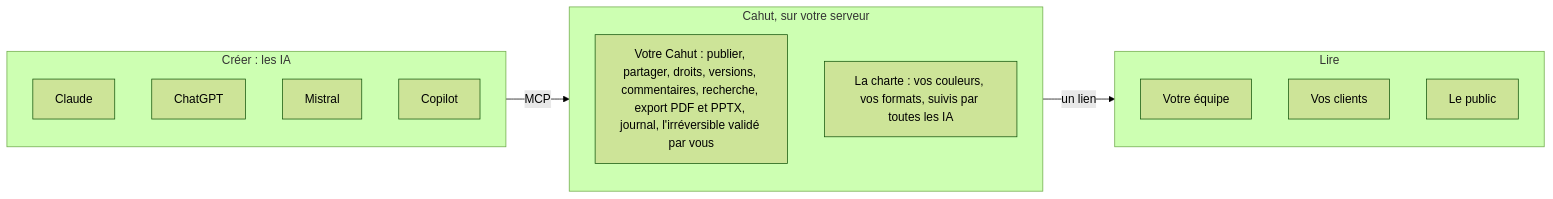
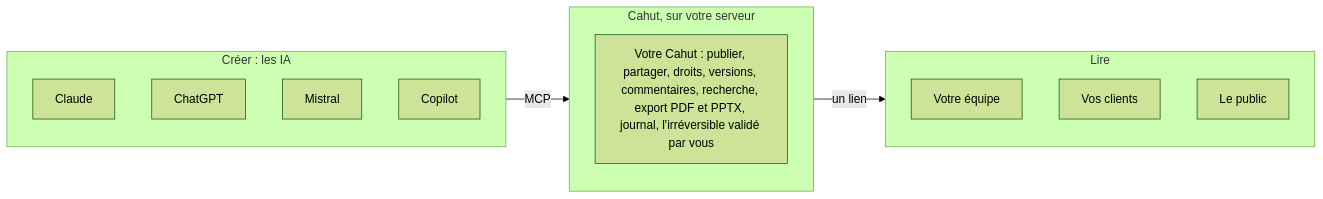
The diagram in docs/brief-projet.md (cahutcloud/cahut), drawn with Mermaid (forest theme) before and after one commit. The commit also changed other lines of this file and 125 other files, not shown here.

````diff
--- a/docs/brief-projet.md
+++ b/docs/brief-projet.md
@@ -117,20 +117,19 @@
 ```mermaid
 flowchart LR
   subgraph IA["Créer : les IA"]
     C[Claude]
     G[ChatGPT]
     M[Mistral]
     P[Copilot]
   end
   subgraph CAHUT["Cahut, sur votre serveur"]
     H["Votre Cahut : publier, partager, droits, versions, commentaires, recherche, export PDF et PPTX, journal, l'irréversible validé par vous"]
-    S["La charte : vos couleurs, vos formats, suivis par toutes les IA"]
   end
   subgraph LIRE["Lire"]
     E[Votre équipe]
     CL[Vos clients]
     PU[Le public]
   end
   IA -- MCP --> CAHUT
   CAHUT -- un lien --> LIRE
 ```
````
